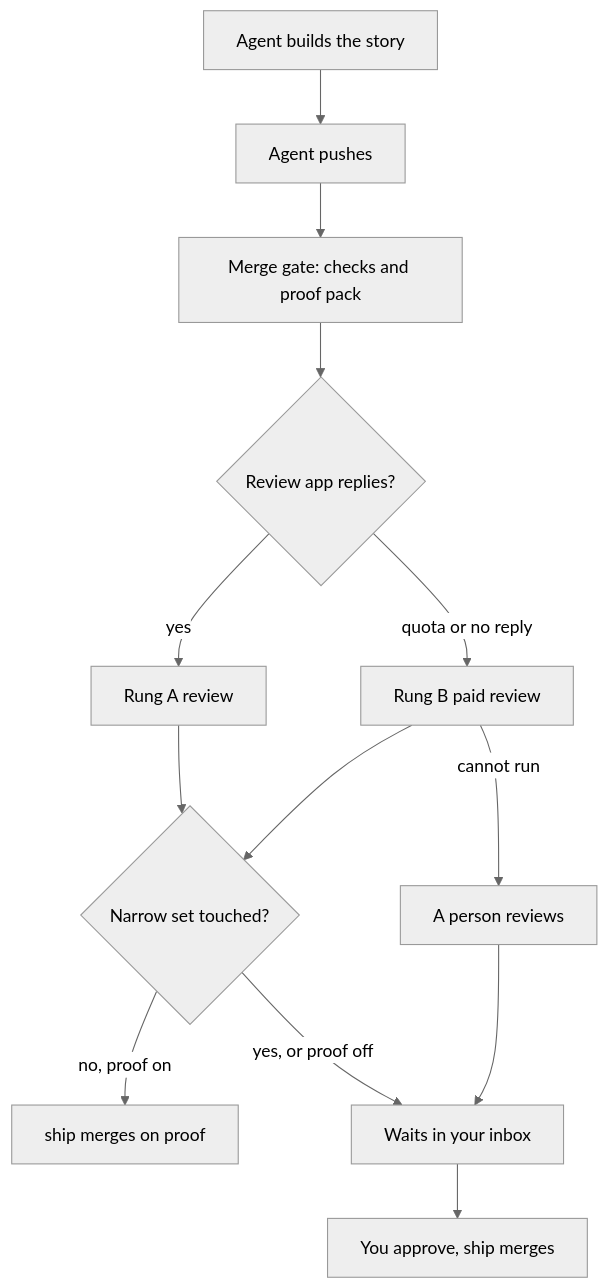
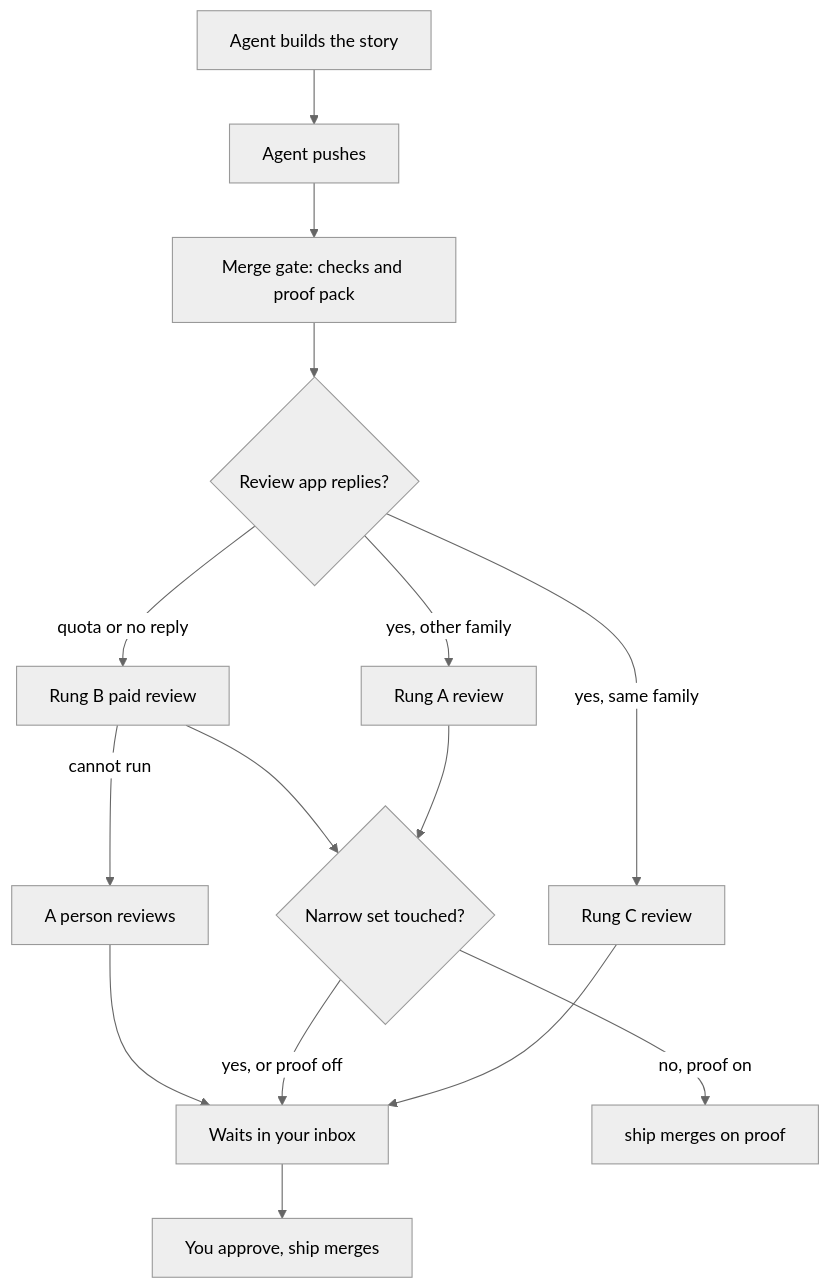
One commit to rahulnakmol/agentic-ayudha changed the diagram in docs/releases/v0.3.0.md. Above: the diagram before and after it, drawn with Mermaid (neutral theme). The commit also changed other lines of this file and 1 other file, not shown here.

First line of the commit message:
docs(release): correct six claims on the v0.3.0 page from Codex review

````diff
--- a/docs/releases/v0.3.0.md
+++ b/docs/releases/v0.3.0.md
@@ -74,15 +74,17 @@
 ```mermaid
 flowchart TD
     A[Agent builds the story] --> B[Agent pushes]
     B --> C[Merge gate: checks and proof pack]
     C --> D{Review app replies?}
-    D -->|yes| E[Rung A review]
+    D -->|yes, other family| E[Rung A review]
+    D -->|yes, same family| C3[Rung C review]
+    C3 --> I
     D -->|quota or no reply| F[Rung B paid review]
     F -->|cannot run| P[A person reviews]
     E --> G{Narrow set touched?}
     F --> G
     G -->|no, proof on| H[ship merges on proof]
     G -->|yes, or proof off| I[Waits in your inbox]
     P --> I
     I --> J[You approve, ship merges]
 ```
````
